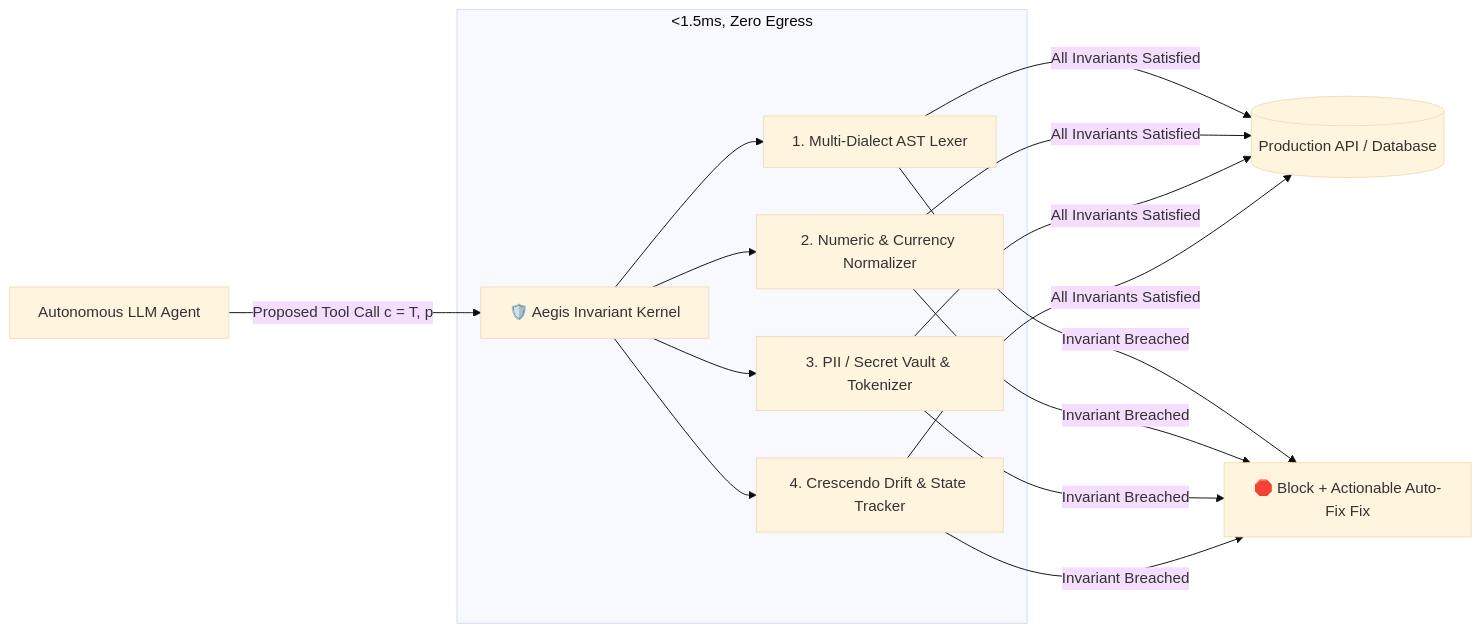
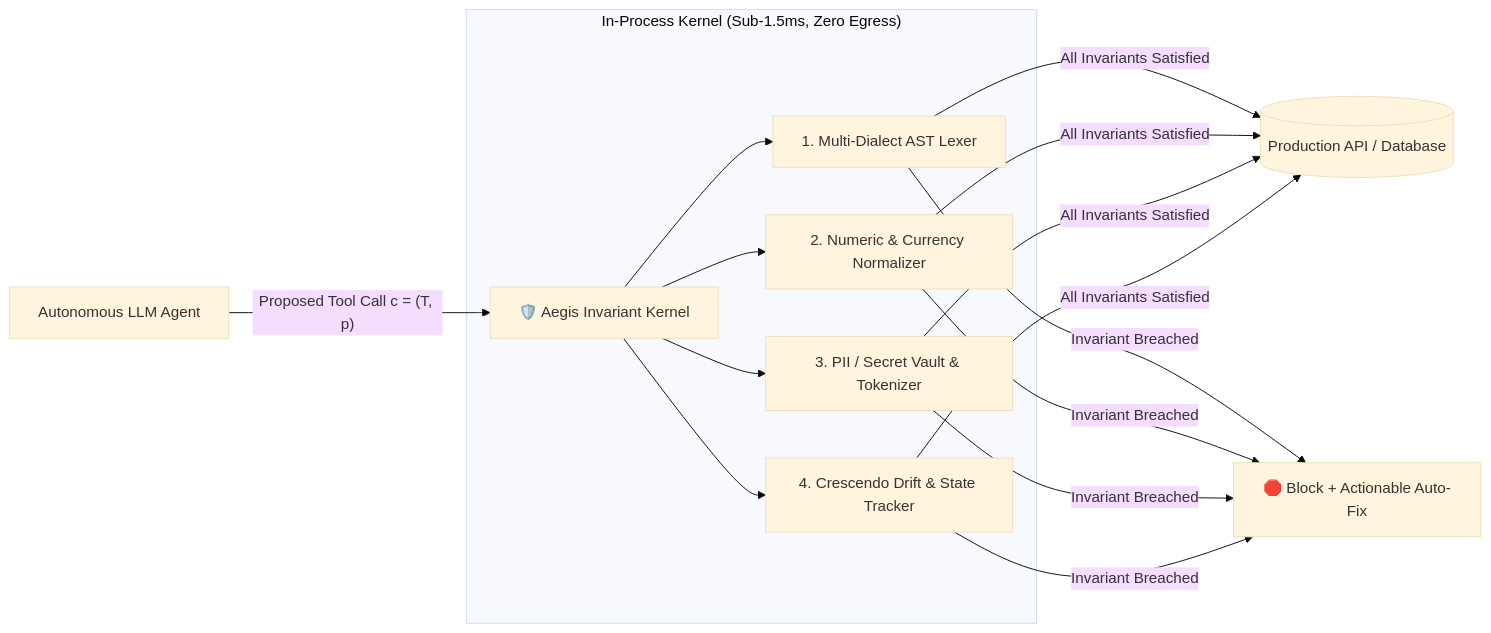
One commit to Snehgabani/aegis-kernel changed the first of 2 diagrams in WHITE_PAPER.md. Above: the diagram before and after it, drawn with Mermaid (base theme). The commit also changed other lines of this file and 2 other files, not shown here.

Commit message:
docs(whitepaper): fix Mermaid quadrantChart and flowchart syntax to comply with GitHub renderer

````diff
--- a/WHITE_PAPER.md
+++ b/WHITE_PAPER.md
@@ -45,12 +45,12 @@
 ```mermaid
 flowchart LR
-    A[Autonomous LLM Agent] -->|Proposed Tool Call c = T, p| B[🛡️ Aegis Invariant Kernel]
-    subgraph In-Process Kernel [<1.5ms, Zero Egress]
-        B --> C[1. Multi-Dialect AST Lexer]
-        B --> D[2. Numeric & Currency Normalizer]
-        B --> E[3. PII / Secret Vault & Tokenizer]
-        B --> F[4. Crescendo Drift & State Tracker]
+    A["Autonomous LLM Agent"] -->|"Proposed Tool Call c = (T, p)"| B["🛡️ Aegis Invariant Kernel"]
+    subgraph InProcess["In-Process Kernel (Sub-1.5ms, Zero Egress)"]
+        B --> C["1. Multi-Dialect AST Lexer"]
+        B --> D["2. Numeric & Currency Normalizer"]
+        B --> E["3. PII / Secret Vault & Tokenizer"]
+        B --> F["4. Crescendo Drift & State Tracker"]
     end
-    C & D & E & F -->|All Invariants Satisfied| G[(Production API / Database)]
-    C & D & E & F -->|Invariant Breached| H[🛑 Block + Actionable Auto-Fix Fix]
+    C & D & E & F -->|"All Invariants Satisfied"| G[("Production API / Database")]
+    C & D & E & F -->|"Invariant Breached"| H["🛑 Block + Actionable Auto-Fix"]
 ```
````
